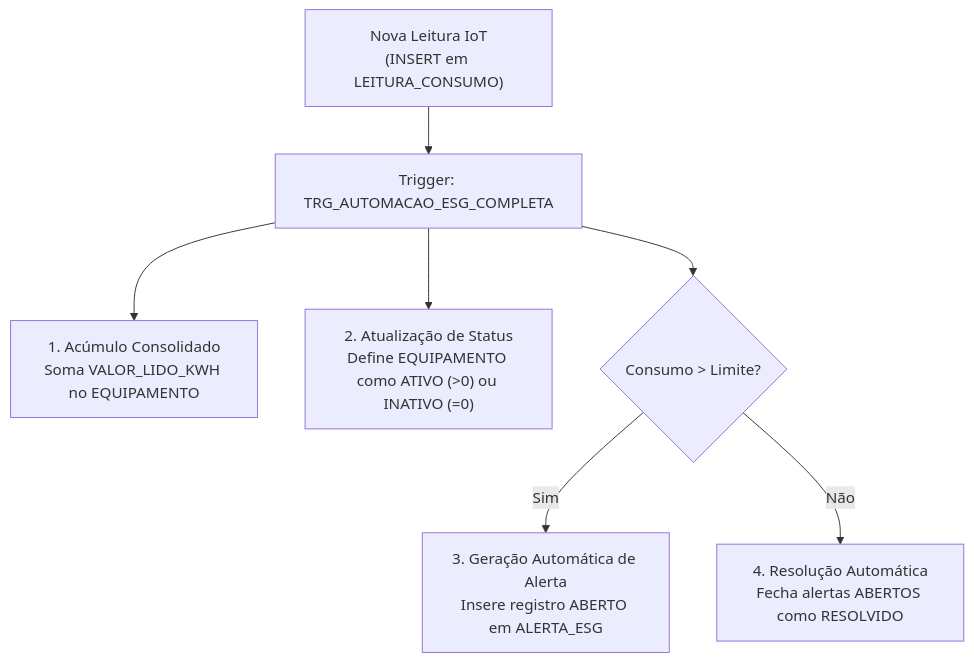
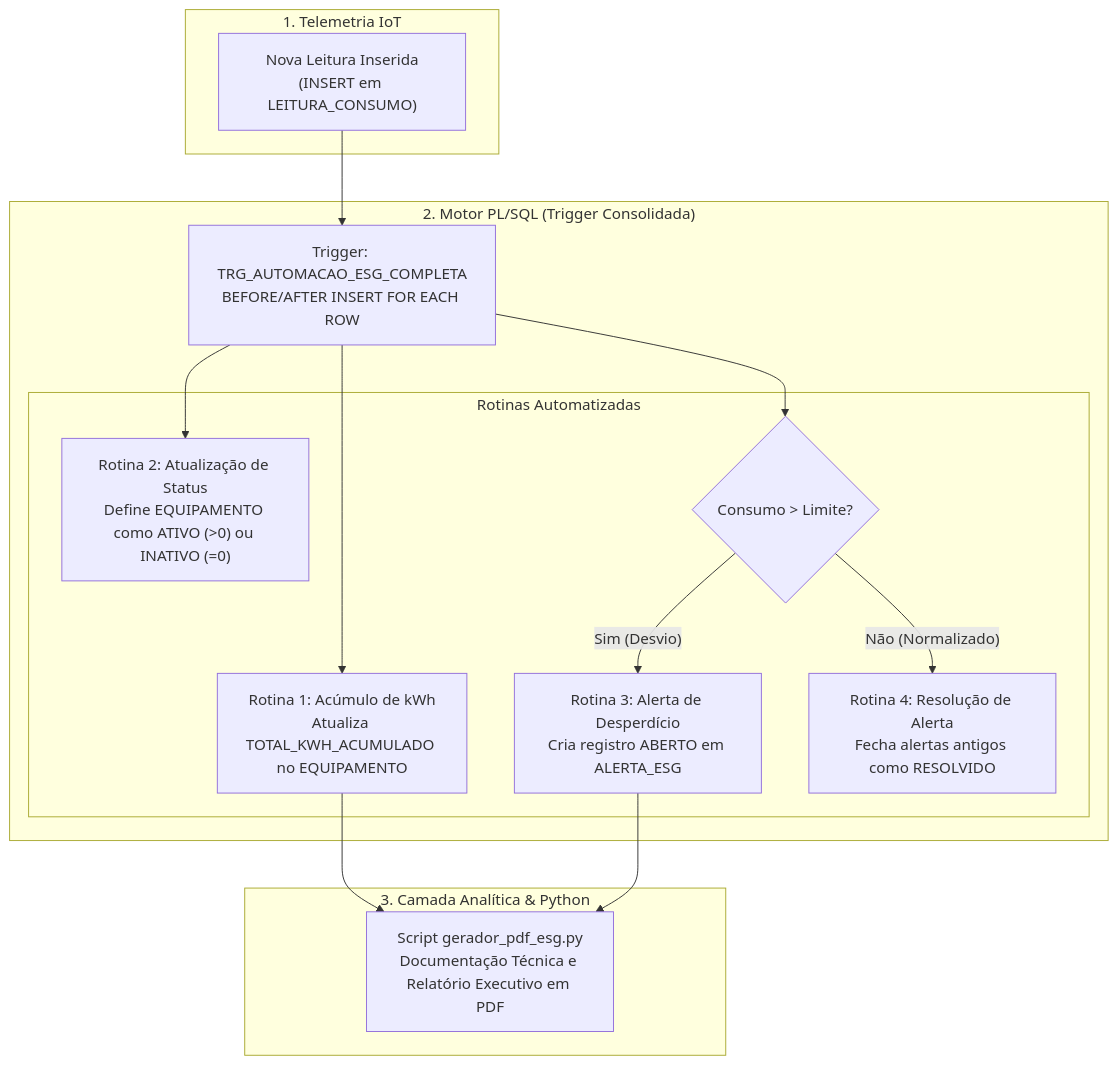
The diagram in README.md (Renan-Xavier/Automacao-ESG-PLSQL), drawn with Mermaid before and after one commit. The commit also changed other lines of this file and 1 other file, not shown here.

Commit message:
docs: padronizar README com fluxo de trigger Mermaid e tabela de tecnologias

````diff
--- a/README.md
+++ b/README.md
@@ -34,9 +41,30 @@
 ```mermaid
 flowchart TD
-    L["Nova Leitura IoT\n(INSERT em LEITURA_CONSUMO)"] --> T["Trigger: TRG_AUTOMACAO_ESG_COMPLETA"]
-    T --> A1["1. Acúmulo Consolidado\nSoma VALOR_LIDO_KWH no EQUIPAMENTO"]
-    T --> A2["2. Atualização de Status\nDefine EQUIPAMENTO como ATIVO (>0) ou INATIVO (=0)"]
-    T --> A3{"Consumo > Limite?"}
-    A3 -- Sim --> A4["3. Geração Automática de Alerta\nInsere registro ABERTO em ALERTA_ESG"]
-    A3 -- Não --> A5["4. Resolução Automática\nFecha alertas ABERTOS como RESOLVIDO"]
+    subgraph Ingestao ["1. Telemetria IoT"]
+        Leitura["Nova Leitura Inserida\n(INSERT em LEITURA_CONSUMO)"]
+    end
+
+    subgraph Trigger ["2. Motor PL/SQL (Trigger Consolidada)"]
+        TRG["Trigger: TRG_AUTOMACAO_ESG_COMPLETA\nBEFORE/AFTER INSERT FOR EACH ROW"]
+        
+        subgraph Rotinas ["Rotinas Automatizadas"]
+            A1["Rotina 1: Acúmulo de kWh\nAtualiza TOTAL_KWH_ACUMULADO no EQUIPAMENTO"]
+            A2["Rotina 2: Atualização de Status\nDefine EQUIPAMENTO como ATIVO (>0) ou INATIVO (=0)"]
+            Check{"Consumo > Limite?"}
+            A3["Rotina 3: Alerta de Desperdício\nCria registro ABERTO em ALERTA_ESG"]
+            A4["Rotina 4: Resolução de Alerta\nFecha alertas antigos como RESOLVIDO"]
+        end
+    end
+
+    subgraph Relatorios ["3. Camada Analítica & Python"]
+        Py["Script gerador_pdf_esg.py\nDocumentação Técnica e Relatório Executivo em PDF"]
+    end
+
+    Leitura --> TRG
+    TRG --> A1
+    TRG --> A2
+    TRG --> Check
+    Check -- "Sim (Desvio)" --> A3
+    Check -- "Não (Normalizado)" --> A4
+    A1 & A3 --> Py
 ```
````
